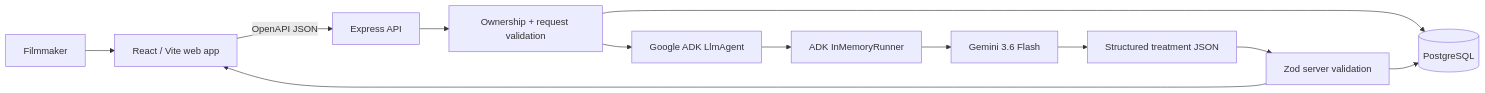
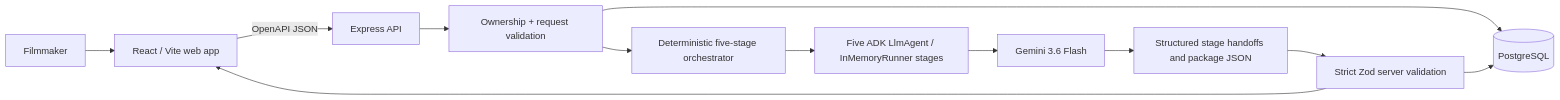
Before and after one commit to thn217-ai/creative-crew: the diagram in docs/ARCHITECTURE.md, drawn with Mermaid. The commit also changed other lines of this file and 32 other files, not shown here.

````diff
--- a/docs/ARCHITECTURE.md
+++ b/docs/ARCHITECTURE.md
@@ -5,14 +5,14 @@
 ```mermaid
 flowchart LR
   U[Filmmaker] --> W[React / Vite web app]
   W -->|OpenAPI JSON| A[Express API]
   A --> O[Ownership + request validation]
   O --> P[(PostgreSQL)]
-  O --> D[Google ADK LlmAgent]
-  D --> R[ADK InMemoryRunner]
+  O --> D[Deterministic five-stage orchestrator]
+  D --> R[Five ADK LlmAgent / InMemoryRunner stages]
   R --> G[Gemini 3.6 Flash]
-  G --> S[Structured treatment JSON]
-  S --> V[Zod server validation]
+  G --> S[Structured stage handoffs and package JSON]
+  S --> V[Strict Zod server validation]
   V --> P
   V --> W
 ```
````
